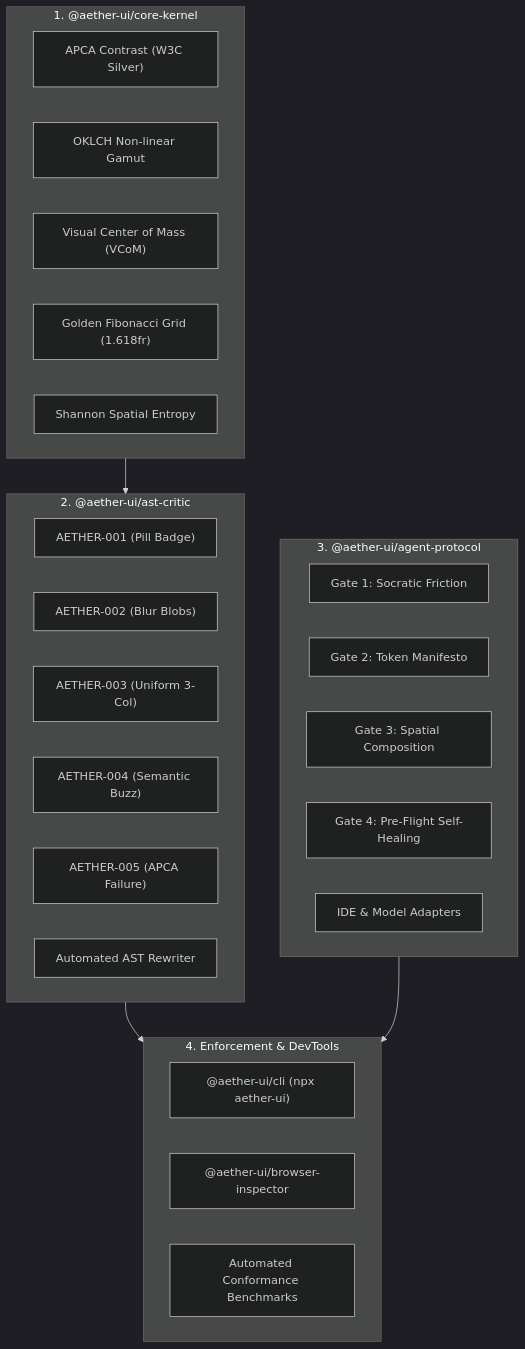
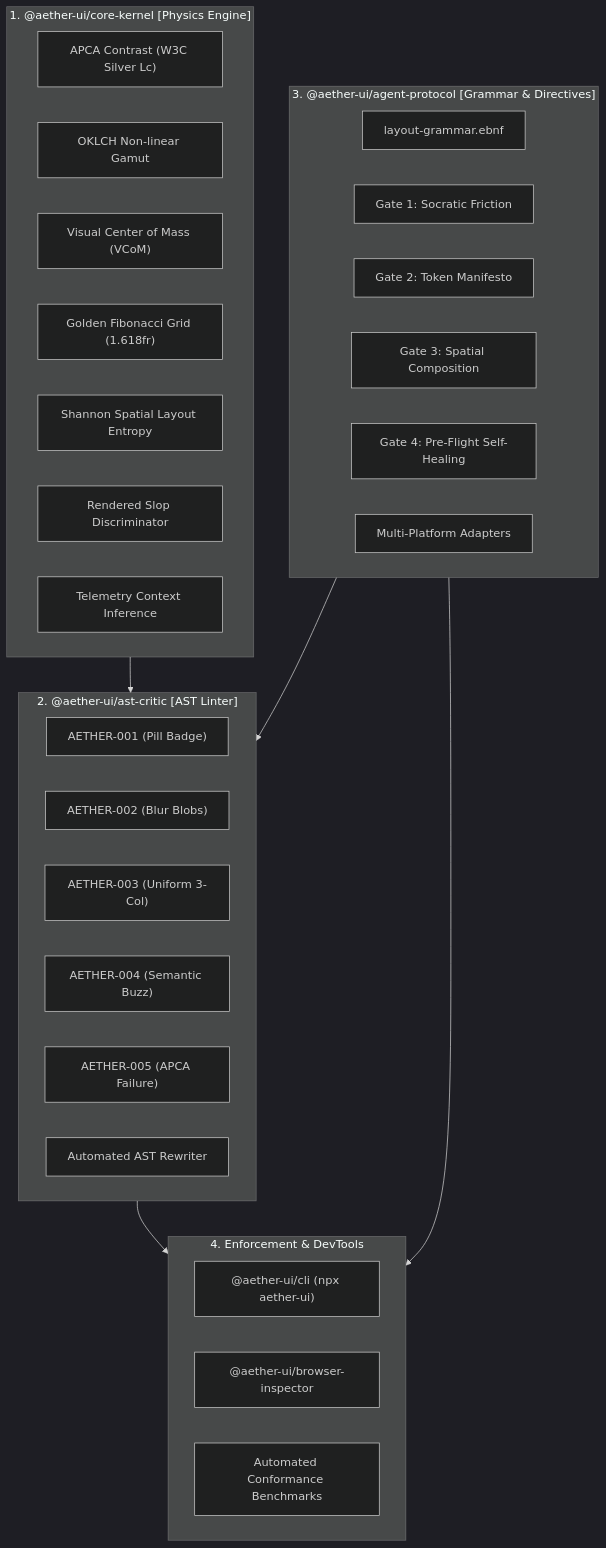
One commit to mohdshakir9897/aether-kernel changed the diagram in README.md. Above: the diagram before and after it, drawn with Mermaid (dark theme). The commit also changed other lines of this file and 4 other files, not shown here.

````diff
--- a/README.md
+++ b/README.md
@@ -48,37 +49,41 @@
 ```mermaid
 flowchart TD
-    subgraph Engine ["1. @aether-ui/core-kernel"]
-        A1["APCA Contrast (W3C Silver)"]
+    subgraph Engine ["1. @aether-ui/core-kernel [Physics Engine]"]
+        A1["APCA Contrast (W3C Silver Lc)"]
         A2["OKLCH Non-linear Gamut"]
         A3["Visual Center of Mass (VCoM)"]
         A4["Golden Fibonacci Grid (1.618fr)"]
-        A5["Shannon Spatial Entropy"]
+        A5["Shannon Spatial Layout Entropy"]
+        A6["Rendered Slop Discriminator"]
+        A7["Telemetry Context Inference"]
     end
 
-    subgraph Critic ["2. @aether-ui/ast-critic"]
+    subgraph Critic ["2. @aether-ui/ast-critic [AST Linter]"]
         B1["AETHER-001 (Pill Badge)"]
         B2["AETHER-002 (Blur Blobs)"]
         B3["AETHER-003 (Uniform 3-Col)"]
         B4["AETHER-004 (Semantic Buzz)"]
         B5["AETHER-005 (APCA Failure)"]
         B6["Automated AST Rewriter"]
     end
 
-    subgraph Directives ["3. @aether-ui/agent-protocol"]
-        C1["Gate 1: Socratic Friction"]
-        C2["Gate 2: Token Manifesto"]
-        C3["Gate 3: Spatial Composition"]
-        C4["Gate 4: Pre-Flight Self-Healing"]
-        C5["IDE & Model Adapters"]
+    subgraph Directives ["3. @aether-ui/agent-protocol [Grammar & Directives]"]
+        C1["layout-grammar.ebnf"]
+        C2["Gate 1: Socratic Friction"]
+        C3["Gate 2: Token Manifesto"]
+        C4["Gate 3: Spatial Composition"]
+        C5["Gate 4: Pre-Flight Self-Healing"]
+        C6["Multi-Platform Adapters"]
     end
 
     subgraph Delivery ["4. Enforcement & DevTools"]
         D1["@aether-ui/cli (npx aether-ui)"]
         D2["@aether-ui/browser-inspector"]
         D3["Automated Conformance Benchmarks"]
     end
 
     Engine --> Critic
+    Directives --> Critic
     Critic --> Delivery
     Directives --> Delivery
 ```
````
